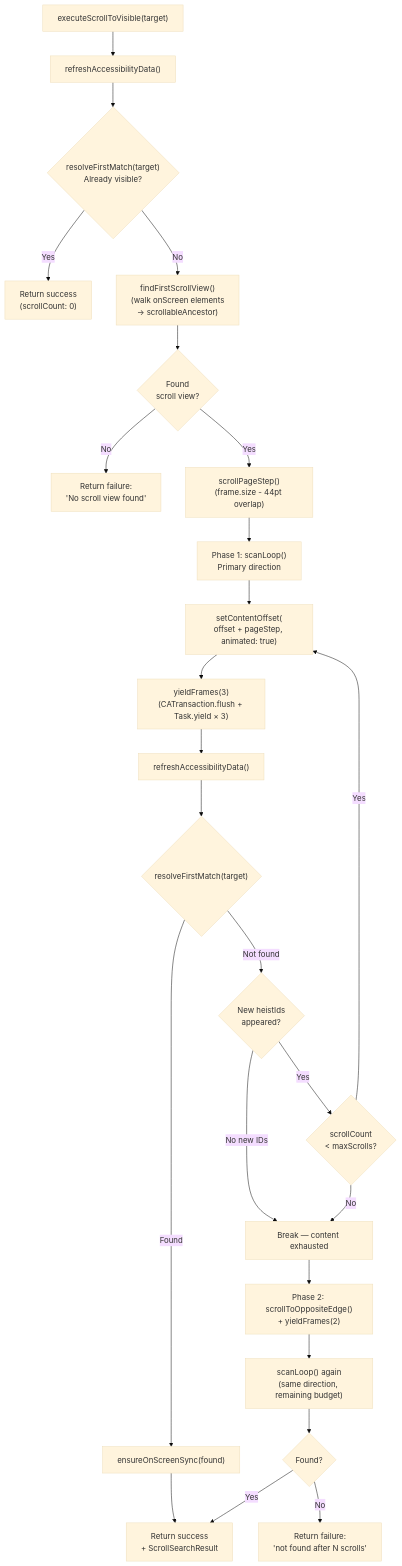
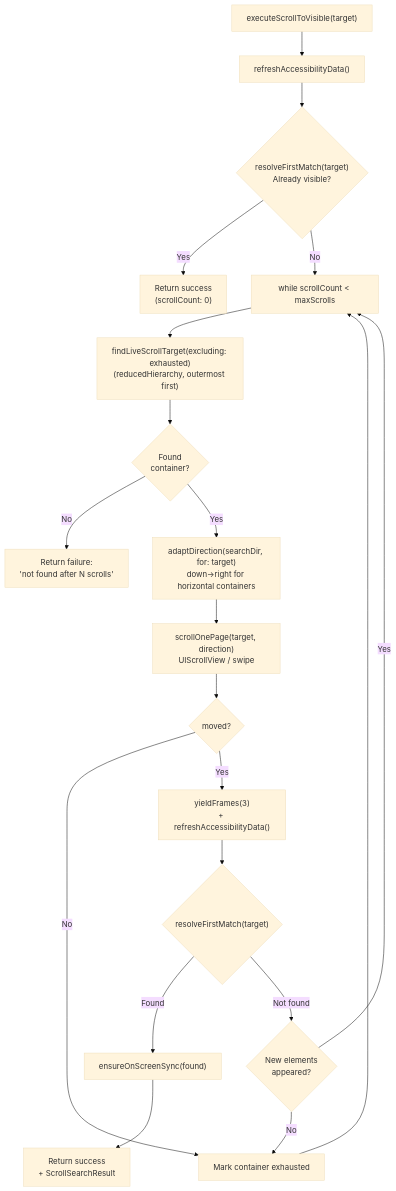
The eighth of 9 diagrams in docs/dossiers/13-THEBAGMAN.md (RoyalPineapple/TheButtonHeist), drawn with Mermaid (base theme) before and after one commit. The commit also changed other lines of this file and 27 other files, not shown here.

First line of the commit message:
Nested scroll views + resolveTarget result type (#178)

````diff
--- a/docs/dossiers/13-THEBAGMAN.md
+++ b/docs/dossiers/13-THEBAGMAN.md
@@ -266,29 +267,25 @@
 ```mermaid
 flowchart TD
     S["executeScrollToVisible(target)"] --> REF["refreshAccessibilityData()"]
     REF --> CHK{"resolveFirstMatch(target)<br/>Already visible?"}
     CHK -->|Yes| DONE["Return success<br/>(scrollCount: 0)"]
-    CHK -->|No| FSV["findFirstScrollView()<br/>(walk onScreen elements<br/>→ scrollableAncestor)"]
-    FSV --> SVOK{Found<br/>scroll view?}
-    SVOK -->|No| FAIL0["Return failure:<br/>'No scroll view found'"]
-    SVOK -->|Yes| STEP["scrollPageStep()<br/>(frame.size - 44pt overlap)"]
-    STEP --> PH1["Phase 1: scanLoop()<br/>Primary direction"]
+    CHK -->|No| LOOP["while scrollCount < maxScrolls"]
 
-    PH1 --> SLOOP["setContentOffset(<br/>offset + pageStep, animated: true)"]
-    SLOOP --> YIELD["yieldFrames(3)<br/>(CATransaction.flush + Task.yield × 3)"]
-    YIELD --> REFR["refreshAccessibilityData()"]
-    REFR --> FM{"resolveFirstMatch(target)"}
+    LOOP --> FIND["findLiveScrollTarget(excluding: exhausted)<br/>(reducedHierarchy, outermost first)"]
+    FIND --> SVOK{Found<br/>container?}
+    SVOK -->|No| FAILN["Return failure:<br/>'not found after N scrolls'"]
+    SVOK -->|Yes| ADAPT["adaptDirection(searchDir, for: target)<br/>down→right for horizontal containers"]
+
+    ADAPT --> SCROLL["scrollOnePage(target, direction)<br/>UIScrollView / swipe"]
+    SCROLL --> MOVED{moved?}
+    MOVED -->|No| EXHAUST["Mark container exhausted"]
+    EXHAUST --> LOOP
+
+    MOVED -->|Yes| SETTLE["yieldFrames(3)<br/>+ refreshAccessibilityData()"]
+    SETTLE --> FM{"resolveFirstMatch(target)"}
     FM -->|Found| ENS["ensureOnScreenSync(found)"]
     ENS --> END["Return success<br/>+ ScrollSearchResult"]
-    FM -->|Not found| NEW{New heistIds<br/>appeared?}
-    NEW -->|No new IDs| STALL["Break — content exhausted"]
-    NEW -->|Yes| BUDGET{scrollCount<br/>< maxScrolls?}
-    BUDGET -->|Yes| SLOOP
-    BUDGET -->|No| STALL
-
-    STALL --> PH2["Phase 2: scrollToOppositeEdge()<br/>+ yieldFrames(2)"]
-    PH2 --> SCAN2["scanLoop() again<br/>(same direction, remaining budget)"]
-    SCAN2 --> RESULT{Found?}
-    RESULT -->|Yes| END
-    RESULT -->|No| FAILN["Return failure:<br/>'not found after N scrolls'"]
+    FM -->|Not found| NEW{New elements<br/>appeared?}
+    NEW -->|No| EXHAUST
+    NEW -->|Yes| LOOP
 ```
````
